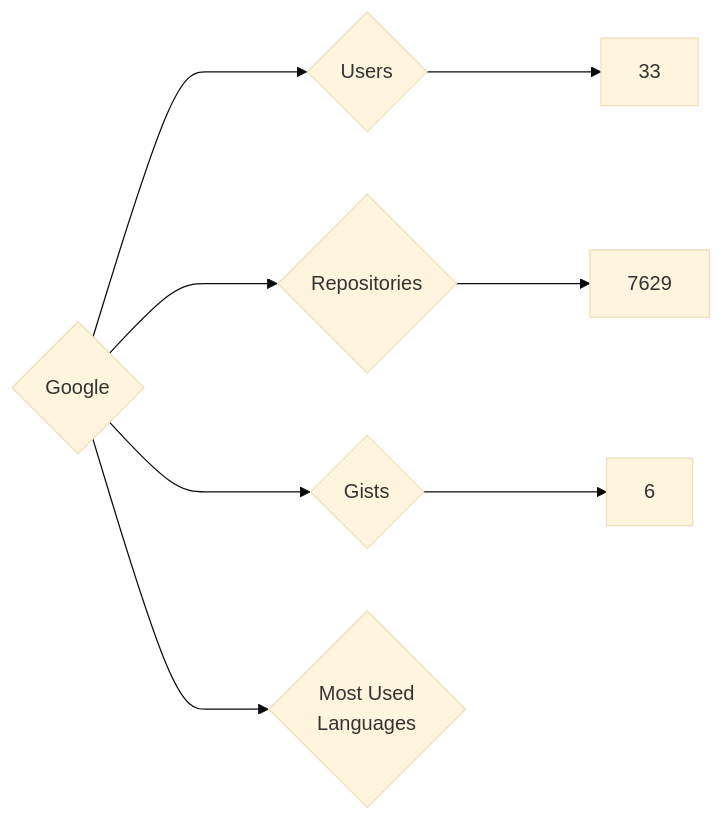
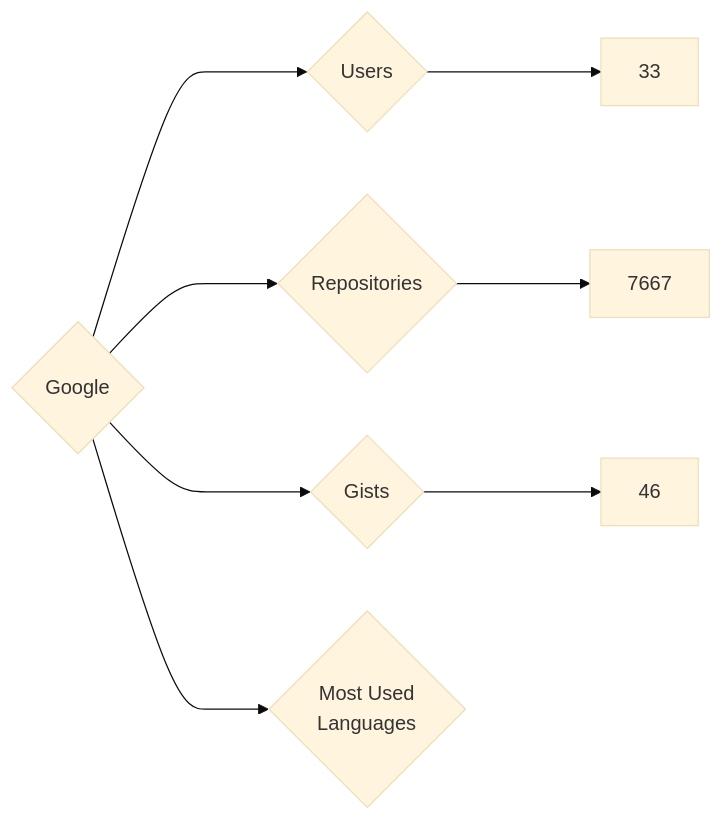
Before and after one commit to nenadzaric/insiders: the diagram in targets/Google/README.md, drawn with Mermaid (base theme). The commit also changed 1342 other files, not shown here.

````diff
--- a/targets/Google/README.md
+++ b/targets/Google/README.md
@@ -3,8 +3,8 @@
 ```mermaid
 graph LR
 COMPANY_NAME{Google}
 COMPANY_NAME ---> U{Users} ---> UN[33]
-COMPANY_NAME ---> R{Repositories} ---> RN[7629]
-COMPANY_NAME ---> G{Gists} ---> GN[6]
+COMPANY_NAME ---> R{Repositories} ---> RN[7667]
+COMPANY_NAME ---> G{Gists} ---> GN[46]
 COMPANY_NAME ---> ML{Most Used<br>Languages}
 ```
````
